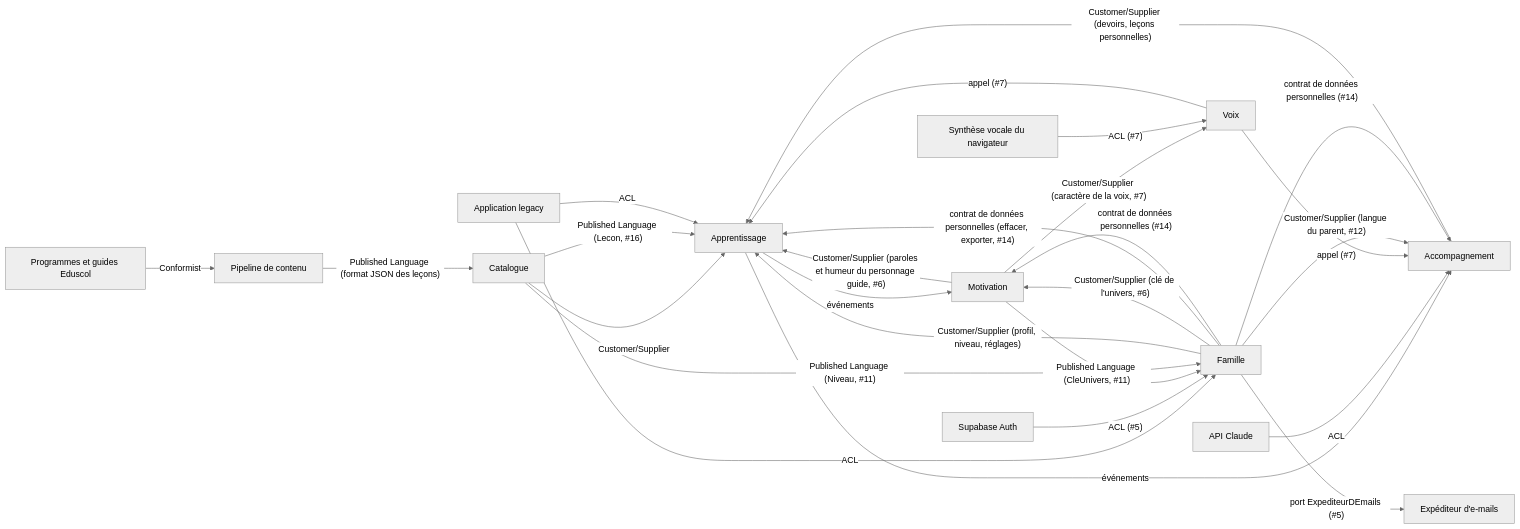
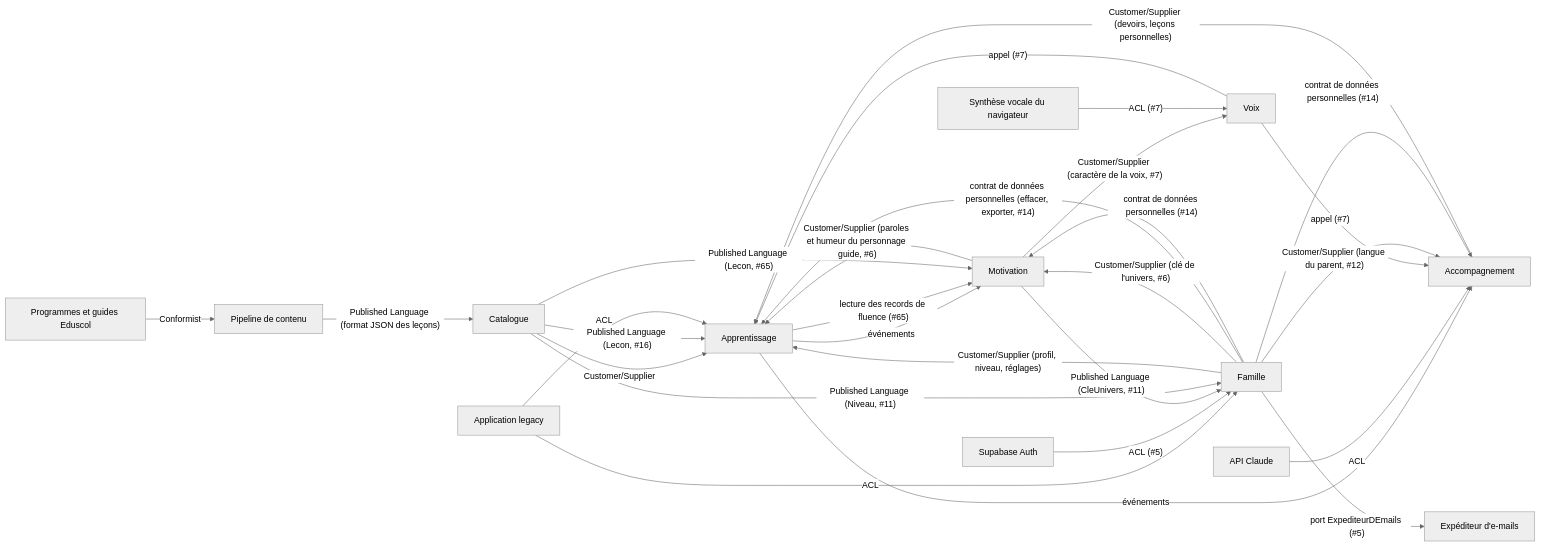
One commit to SBA-dev/github-move changed the diagram in docs/domain/context-map.md. Above: the diagram before and after it, drawn with Mermaid (neutral theme). The commit also changed other lines of this file and 2 other files, not shown here.

Commit message:
docs(#65): modèle du domaine, glossaire et context map
Claude-Session: https://claude.ai/code/session_01T3PYy8iDLiAF3s9R4QKWxK

````diff
--- a/docs/domain/context-map.md
+++ b/docs/domain/context-map.md
@@ -37,28 +37,30 @@
 ```mermaid
 flowchart LR
   Eduscol[Programmes et guides Eduscol] -- "Conformist" --> Pipeline[Pipeline de contenu]
   Pipeline -- "Published Language (format JSON des leçons)" --> Catalogue
   Catalogue -- "Customer/Supplier" --> Apprentissage
   Catalogue -- "Published Language (Lecon, #16)" --> Apprentissage
   Famille -- "Customer/Supplier (profil, niveau, réglages)" --> Apprentissage
   Apprentissage -- "événements" --> Motivation
   Apprentissage -- "événements" --> Accompagnement
   Accompagnement -- "Customer/Supplier (devoirs, leçons personnelles)" --> Apprentissage
   Claude[API Claude] -- "ACL" --> Accompagnement
   Legacy[Application legacy] -- "ACL" --> Famille
   Legacy -- "ACL" --> Apprentissage
   Auth[Supabase Auth] -- "ACL (#5)" --> Famille
   Famille -- "port ExpediteurDEmails (#5)" --> Expediteur[Expéditeur d'e-mails]
   Famille -- "Customer/Supplier (clé de l'univers, #6)" --> Motivation
   Motivation -- "Customer/Supplier (paroles et humeur du personnage guide, #6)" --> Apprentissage
   Motivation -- "Customer/Supplier (caractère de la voix, #7)" --> Voix
   Synthese[Synthèse vocale du navigateur] -- "ACL (#7)" --> Voix
   Voix -- "appel (#7)" --> Apprentissage
   Voix -- "appel (#7)" --> Accompagnement
   Famille -- "Customer/Supplier (langue du parent, #12)" --> Accompagnement
   Famille -- "contrat de données personnelles (effacer, exporter, #14)" --> Apprentissage
   Famille -- "contrat de données personnelles (#14)" --> Motivation
   Famille -- "contrat de données personnelles (#14)" --> Accompagnement
   Motivation -- "Published Language (CleUnivers, #11)" --> Famille
   Catalogue -- "Published Language (Niveau, #11)" --> Famille
+  Apprentissage -- "lecture des records de fluence (#65)" --> Motivation
+  Catalogue -- "Published Language (Lecon, #65)" --> Motivation
 ```
````
